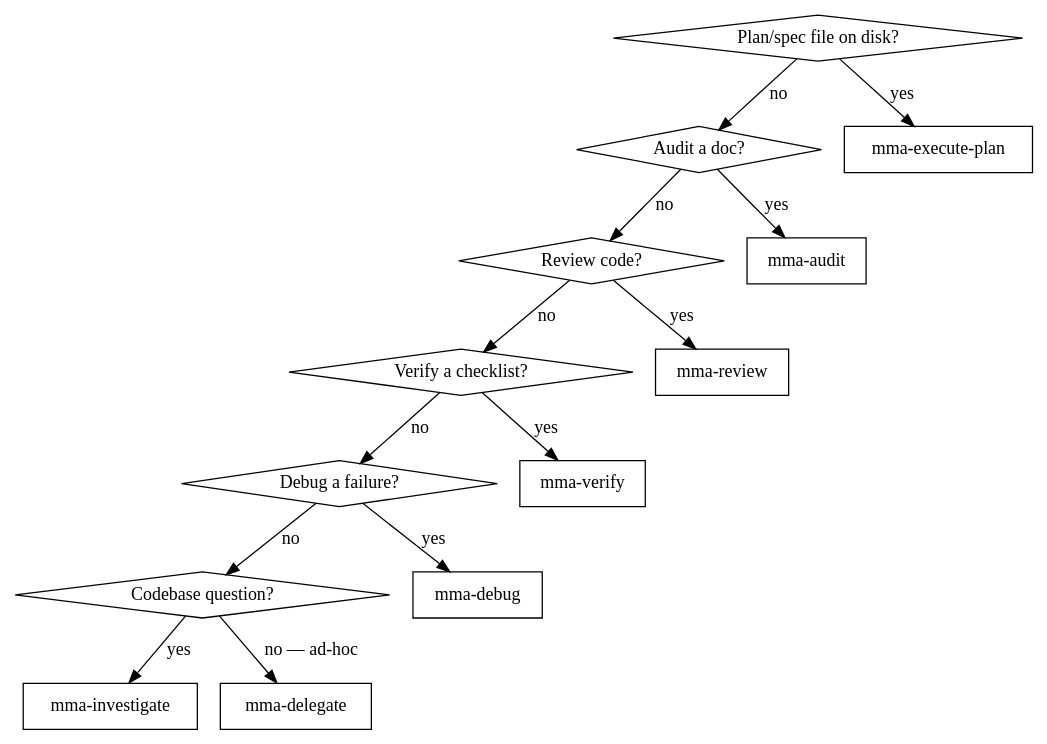
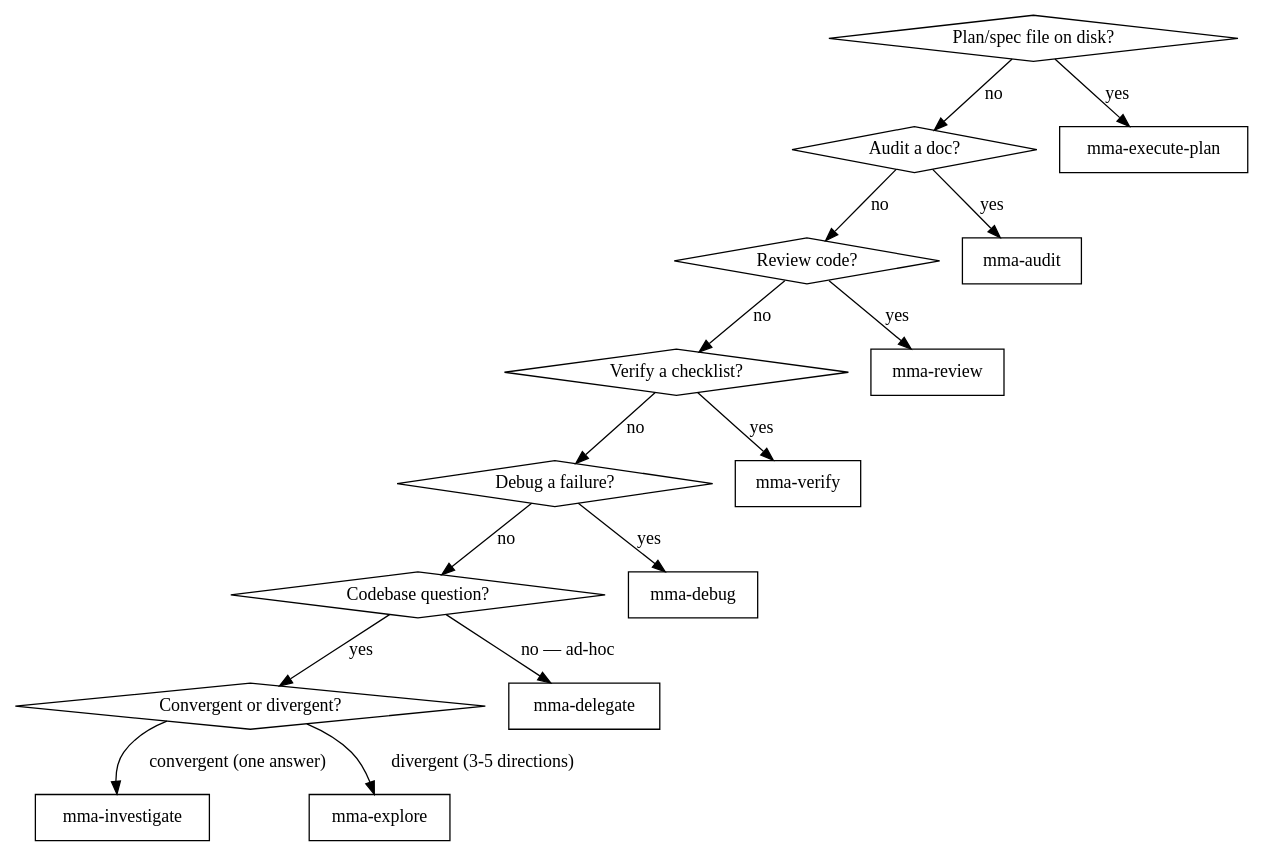
The diagram in packages/server/src/skills/multi-model-agent/SKILL.md (zhixuan312/multi-model-agent), drawn with Graphviz before and after one commit. The commit also changed other lines of this file and 3 other files, not shown here.

First line of the commit message:
fix(skills): register mma-explore in install + caller-identity + meta-skill router

````diff
--- a/packages/server/src/skills/multi-model-agent/SKILL.md
+++ b/packages/server/src/skills/multi-model-agent/SKILL.md
@@ -18,30 +18,34 @@
 ```dot
 digraph picker {
     "Plan/spec file on disk?" [shape=diamond];
     "Audit a doc?" [shape=diamond];
     "Review code?" [shape=diamond];
     "Verify a checklist?" [shape=diamond];
     "Debug a failure?" [shape=diamond];
     "Codebase question?" [shape=diamond];
+    "Convergent or divergent?" [shape=diamond];
     "mma-execute-plan" [shape=box];
     "mma-audit" [shape=box];
     "mma-review" [shape=box];
     "mma-verify" [shape=box];
     "mma-debug" [shape=box];
     "mma-investigate" [shape=box];
+    "mma-explore" [shape=box];
     "mma-delegate" [shape=box];
 
     "Plan/spec file on disk?" -> "mma-execute-plan" [label="yes"];
     "Plan/spec file on disk?" -> "Audit a doc?" [label="no"];
     "Audit a doc?" -> "mma-audit" [label="yes"];
     "Audit a doc?" -> "Review code?" [label="no"];
     "Review code?" -> "mma-review" [label="yes"];
     "Review code?" -> "Verify a checklist?" [label="no"];
     "Verify a checklist?" -> "mma-verify" [label="yes"];
     "Verify a checklist?" -> "Debug a failure?" [label="no"];
     "Debug a failure?" -> "mma-debug" [label="yes"];
     "Debug a failure?" -> "Codebase question?" [label="no"];
-    "Codebase question?" -> "mma-investigate" [label="yes"];
+    "Codebase question?" -> "Convergent or divergent?" [label="yes"];
     "Codebase question?" -> "mma-delegate" [label="no — ad-hoc"];
+    "Convergent or divergent?" -> "mma-investigate" [label="convergent (one answer)"];
+    "Convergent or divergent?" -> "mma-explore" [label="divergent (3-5 directions)"];
 }
 ```
````
